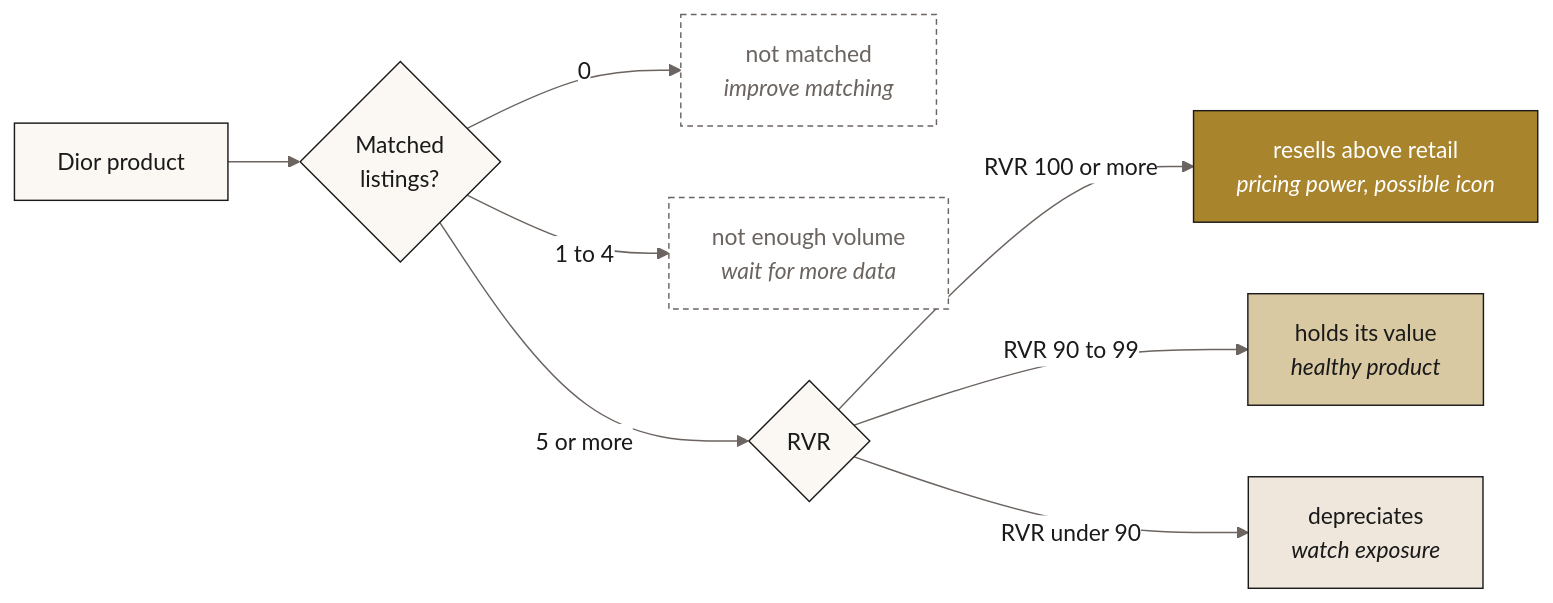
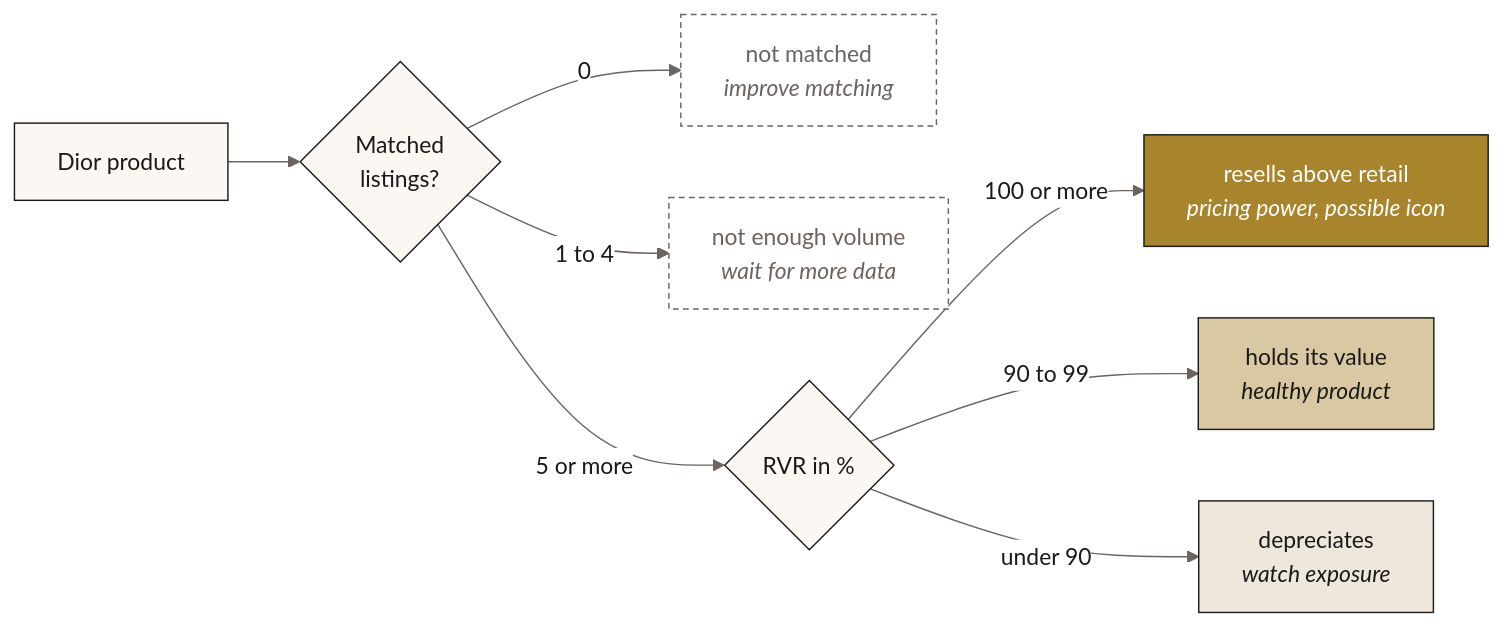
One commit to MosesKing/dior-rvr-dbt changed the second of 3 diagrams in README.en.md. Above: the diagram before and after it, drawn with Mermaid. The commit also changed other lines of this file and 1 other file, not shown here.

Commit message:
README: fix truncated diagram labels

````diff
--- a/README.en.md
+++ b/README.en.md
@@ -118,20 +118,20 @@
 ```mermaid
-%%{init: {'theme':'base','themeVariables':{'primaryColor':'#FBF8F3','primaryBorderColor':'#1A1A1A','primaryTextColor':'#1A1A1A','lineColor':'#6B6460','clusterBkg':'#F4EFE7','clusterBorder':'#D9D2C7','edgeLabelBackground':'#FFFFFF','fontFamily':'Helvetica, Arial, sans-serif'}}}%%
+%%{init: {'theme':'base','themeVariables':{'primaryColor':'#FBF8F3','primaryBorderColor':'#1A1A1A','primaryTextColor':'#1A1A1A','lineColor':'#6B6460','clusterBkg':'#F4EFE7','clusterBorder':'#D9D2C7','edgeLabelBackground':'#FFFFFF'}}}%%
 flowchart LR
     A[Dior product] --> B{Matched<br/>listings?}
     B -- 0 --> C[not matched<br/><i>improve matching</i>]
     B -- 1 to 4 --> D[not enough volume<br/><i>wait for more data</i>]
-    B -- 5 or more --> E{RVR}
-    E -- "RVR 100 or more" --> F[resells above retail<br/><i>pricing power, possible icon</i>]
-    E -- "RVR 90 to 99" --> G[holds its value<br/><i>healthy product</i>]
-    E -- "RVR under 90" --> H[depreciates<br/><i>watch exposure</i>]
+    B -- 5 or more --> E{RVR in %}
+    E -- "100 or more" --> F[resells above retail<br/><i>pricing power, possible icon</i>]
+    E -- "90 to 99" --> G[holds its value<br/><i>healthy product</i>]
+    E -- "under 90" --> H[depreciates<br/><i>watch exposure</i>]
 
     classDef up fill:#A8842C,stroke:#1A1A1A,color:#FFFFFF
     classDef keep fill:#D9C9A3,stroke:#1A1A1A,color:#1A1A1A
     classDef down fill:#EFE7DC,stroke:#1A1A1A,color:#1A1A1A
     classDef wait fill:#FFFFFF,stroke:#6B6460,color:#6B6460,stroke-dasharray: 4 3
     class F up
     class G keep
     class H down
     class C,D wait
 ```
````
